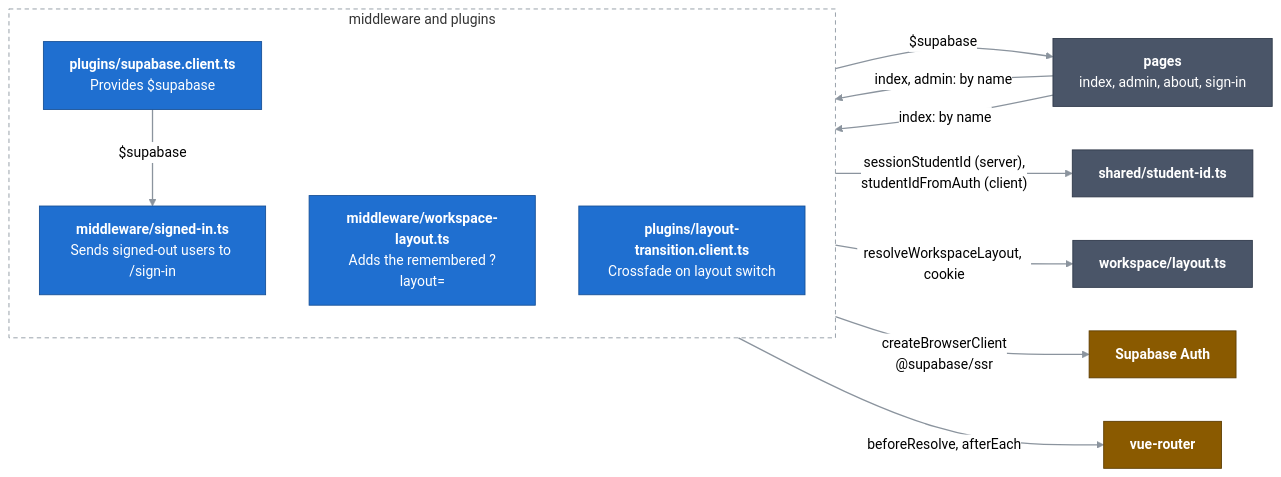
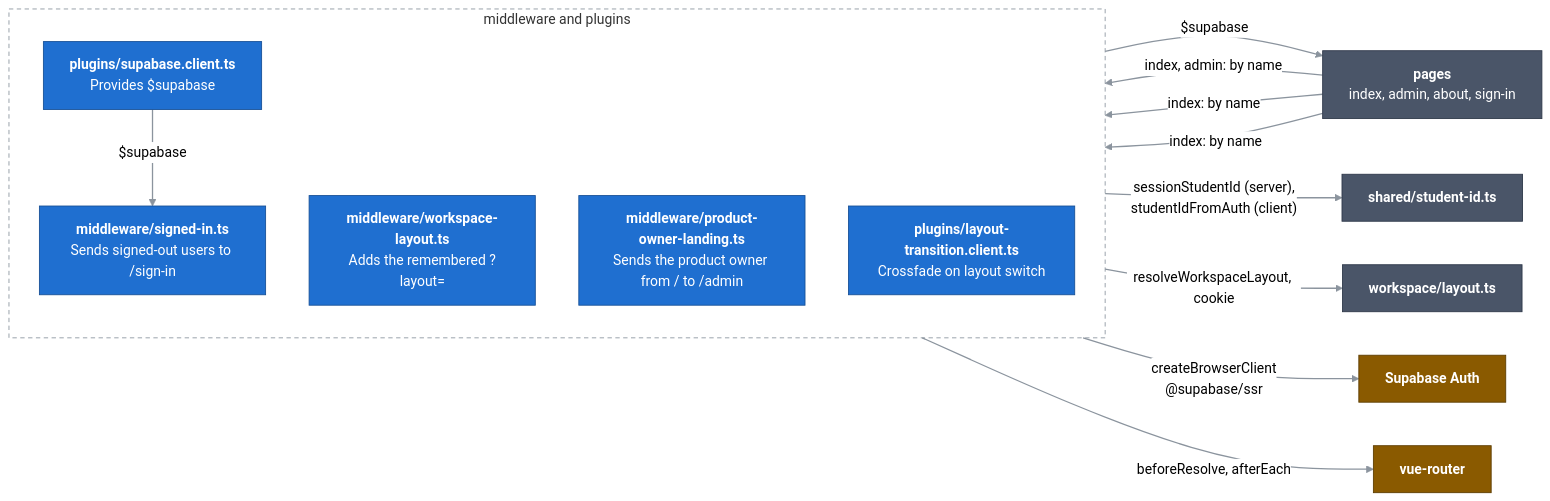
One commit to Bill2926/COS40005_HN9_Verifiable_Co-Learner_Agent changed the diagram in docs/c4/03-components/web-app/06-middleware-and-plugins.md. Above: the diagram before and after it, drawn with Mermaid (neutral theme). The commit also changed other lines of this file and 26 other files, not shown here.

First line of the commit message:
Admin: Decisions and Settings pages, product owner landing, verdict drawer with rule checks (#172)

````diff
--- a/docs/c4/03-components/web-app/06-middleware-and-plugins.md
+++ b/docs/c4/03-components/web-app/06-middleware-and-plugins.md
@@ -11,32 +11,34 @@
 ```mermaid
 flowchart LR
   classDef comp fill:#1f6fd0,stroke:#164f96,color:#ffffff
   classDef near fill:#4a5568,stroke:#2d3748,color:#ffffff
   classDef ext fill:#8a5a00,stroke:#5c3c00,color:#ffffff
   linkStyle default stroke:#8b949e,stroke-width:1.5px
 
   pages["<b>pages</b><br/>index, admin, about, sign-in"]:::near
   studentId["<b>shared/student-id.ts</b>"]:::near
   layout["<b>workspace/layout.ts</b>"]:::near
   auth["<b>Supabase Auth</b>"]:::ext
   router["<b>vue-router</b>"]:::ext
 
   subgraph mw["middleware and plugins"]
     direction TB
     signed["<b>middleware/signed-in.ts</b><br/>Sends signed-out users to /sign-in"]:::comp
     wl["<b>middleware/workspace-layout.ts</b><br/>Adds the remembered ?layout="]:::comp
+    pol["<b>middleware/product-owner-landing.ts</b><br/>Sends the product owner from / to /admin"]:::comp
     sb["<b>plugins/supabase.client.ts</b><br/>Provides $supabase"]:::comp
     lt["<b>plugins/layout-transition.client.ts</b><br/>Crossfade on layout switch"]:::comp
   end
 
   pages ==>|"index, admin: by name"| signed
   pages ==>|"index: by name"| wl
+  pages ==>|"index: by name"| pol
   sb ==>|"$supabase"| pages
   sb ==>|"$supabase"| signed
   signed -->|"sessionStudentId (server),<br/>studentIdFromAuth (client)"| studentId
   wl -->|"resolveWorkspaceLayout, cookie"| layout
   sb ==>|"createBrowserClient<br/>@supabase/ssr"| auth
   lt ==>|"beforeResolve, afterEach"| router
 
   style mw fill:none,stroke:#8b949e,stroke-dasharray:5 4
 ```
````
